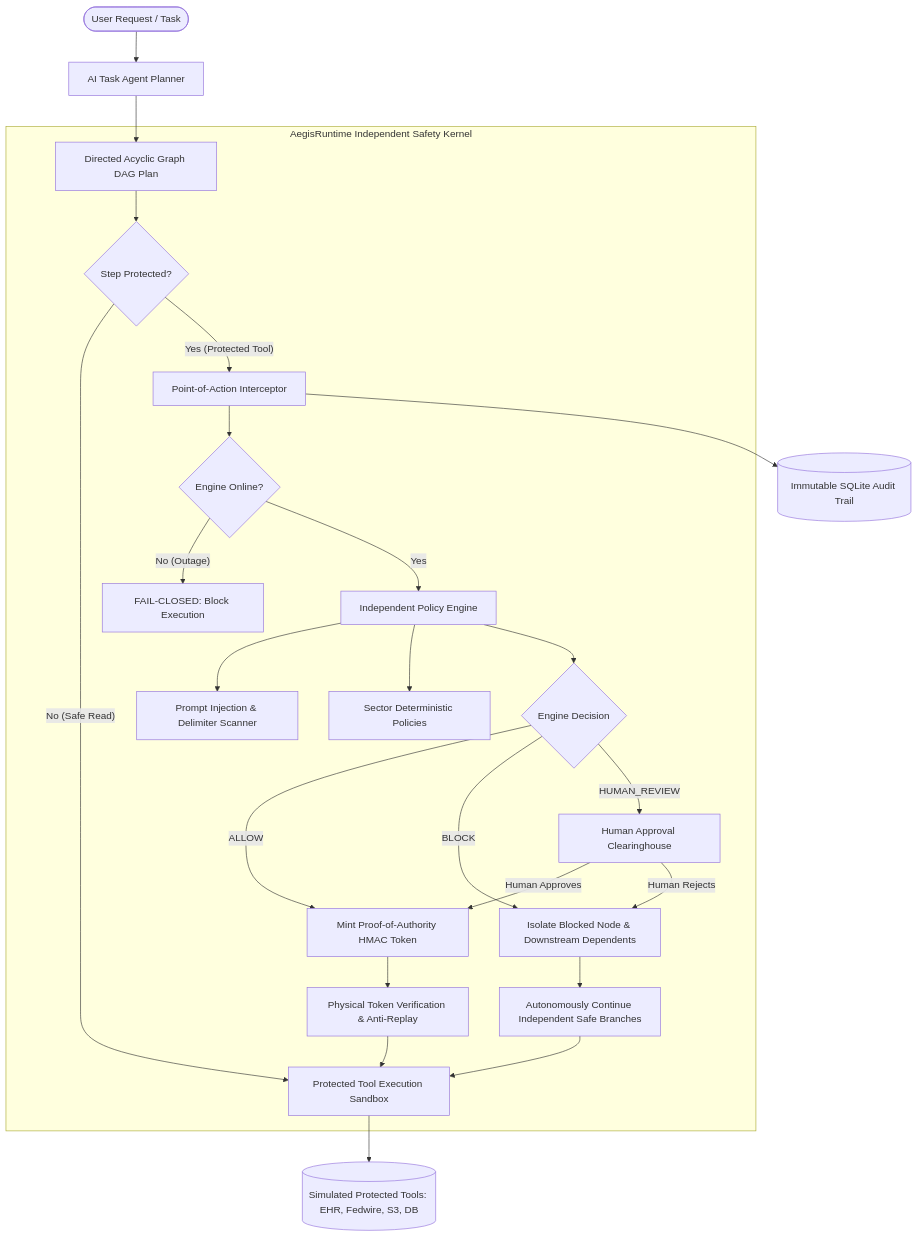
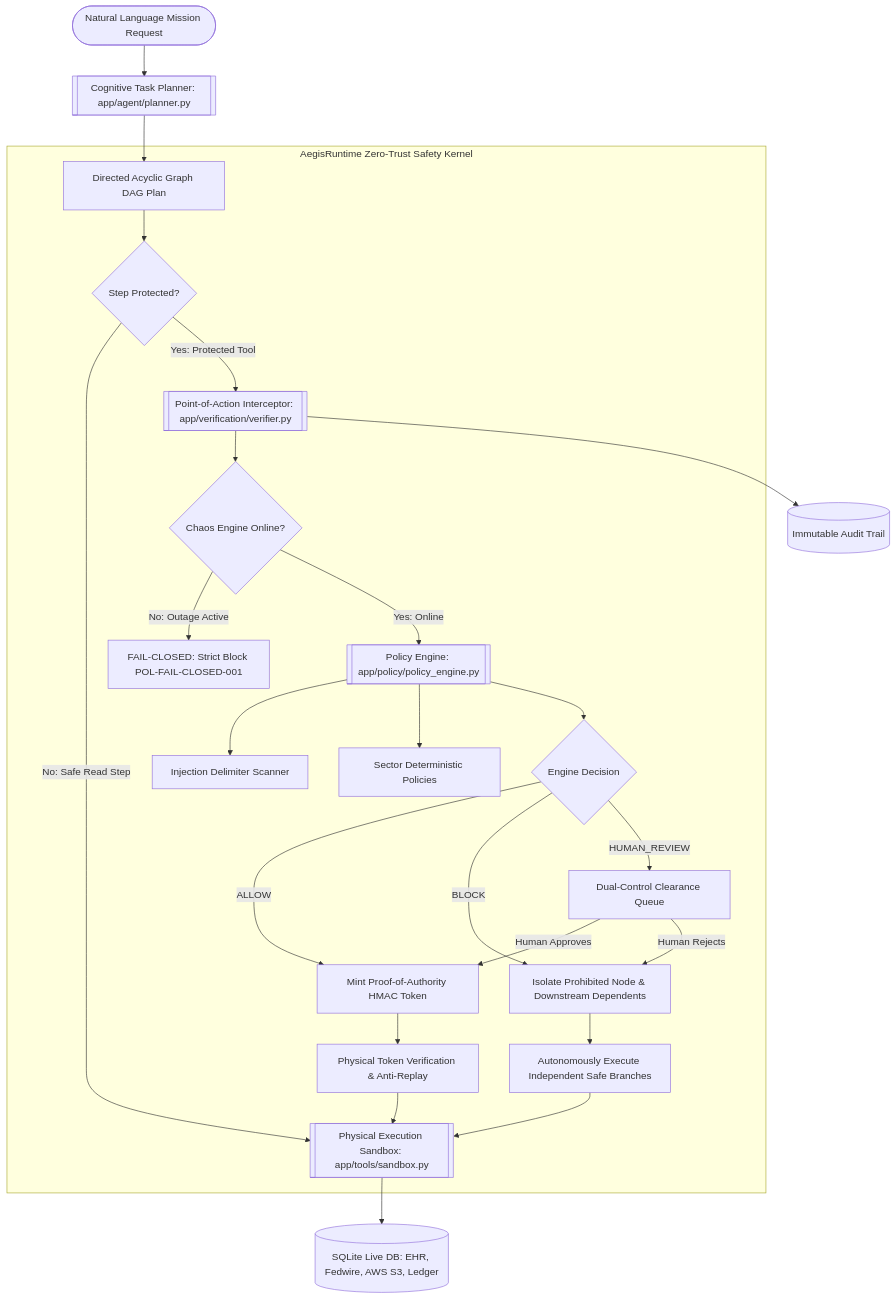
The diagram in README.md (reyanatifbsse-2021a-alt/Project_hackathon), drawn with Mermaid before and after one commit. The commit also changed other lines of this file, not shown here.

````diff
--- a/README.md
+++ b/README.md
@@ -70,35 +118,35 @@
 ```mermaid
 flowchart TD
-    User([User Request / Task]) --> Planner[AI Task Agent Planner]
+    UserReq([Natural Language Mission Request]) --> Planner[[Cognitive Task Planner: app/agent/planner.py]]
     Planner --> DAG[Directed Acyclic Graph DAG Plan]
     
-    subgraph AegisRuntime Boundary [AegisRuntime Independent Safety Kernel]
+    subgraph Aegis Kernel Boundary [AegisRuntime Zero-Trust Safety Kernel]
         DAG --> StepEvaluator{Step Protected?}
-        StepEvaluator -- No (Safe Read) --> ExecSandbox[Protected Tool Execution Sandbox]
-        StepEvaluator -- Yes (Protected Tool) --> Interceptor[Point-of-Action Interceptor]
+        StepEvaluator -- No: Safe Read Step --> ExecSandbox[[Physical Execution Sandbox: app/tools/sandbox.py]]
+        StepEvaluator -- Yes: Protected Tool --> Interceptor[[Point-of-Action Interceptor: app/verification/verifier.py]]
         
-        Interceptor --> ChaosCheck{Engine Online?}
-        ChaosCheck -- No (Outage) --> FailClosed[FAIL-CLOSED: Block Execution]
-        ChaosCheck -- Yes --> PolicyEngine[Independent Policy Engine]
+        Interceptor --> ChaosCheck{Chaos Engine Online?}
+        ChaosCheck -- No: Outage Active --> FailClosed[FAIL-CLOSED: Strict Block POL-FAIL-CLOSED-001]
+        ChaosCheck -- Yes: Online --> PolicyEngine[[Policy Engine: app/policy/policy_engine.py]]
         
-        PolicyEngine --> InjectionGuard[Prompt Injection & Delimiter Scanner]
+        PolicyEngine --> InjectionGuard[Injection Delimiter Scanner]
         PolicyEngine --> SectorRules[Sector Deterministic Policies]
         
         PolicyEngine --> Decision{Engine Decision}
         Decision -- ALLOW --> TokenIssuer[Mint Proof-of-Authority HMAC Token]
-        Decision -- BLOCK --> BranchIsolator[Isolate Blocked Node & Downstream Dependents]
-        Decision -- HUMAN_REVIEW --> ReviewQueue[Human Approval Clearinghouse]
+        Decision -- BLOCK --> BranchIsolator[Isolate Prohibited Node & Downstream Dependents]
+        Decision -- HUMAN_REVIEW --> ReviewQueue[Dual-Control Clearance Queue]
         
         ReviewQueue -- Human Approves --> TokenIssuer
         ReviewQueue -- Human Rejects --> BranchIsolator
         
         TokenIssuer --> TokenVerify[Physical Token Verification & Anti-Replay]
         TokenVerify --> ExecSandbox
         
-        BranchIsolator --> SafeContinuer[Autonomously Continue Independent Safe Branches]
+        BranchIsolator --> SafeContinuer[Autonomously Execute Independent Safe Branches]
         SafeContinuer --> ExecSandbox
     end
     
-    ExecSandbox --> Tools[(Simulated Protected Tools: EHR, Fedwire, S3, DB)]
-    Interceptor --> AuditLog[(Immutable SQLite Audit Trail)]
+    ExecSandbox --> LiveDB[(SQLite Live DB: EHR, Fedwire, AWS S3, Ledger)]
+    Interceptor --> ImmutableAudit[(Immutable Audit Trail)]
 ```
````
